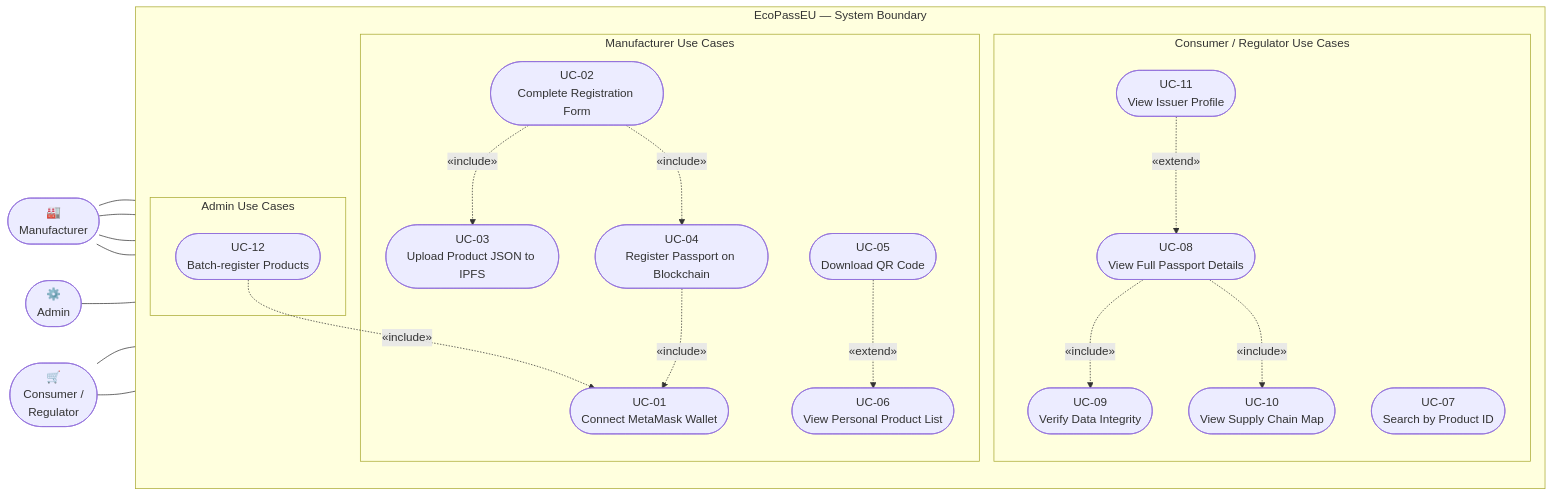
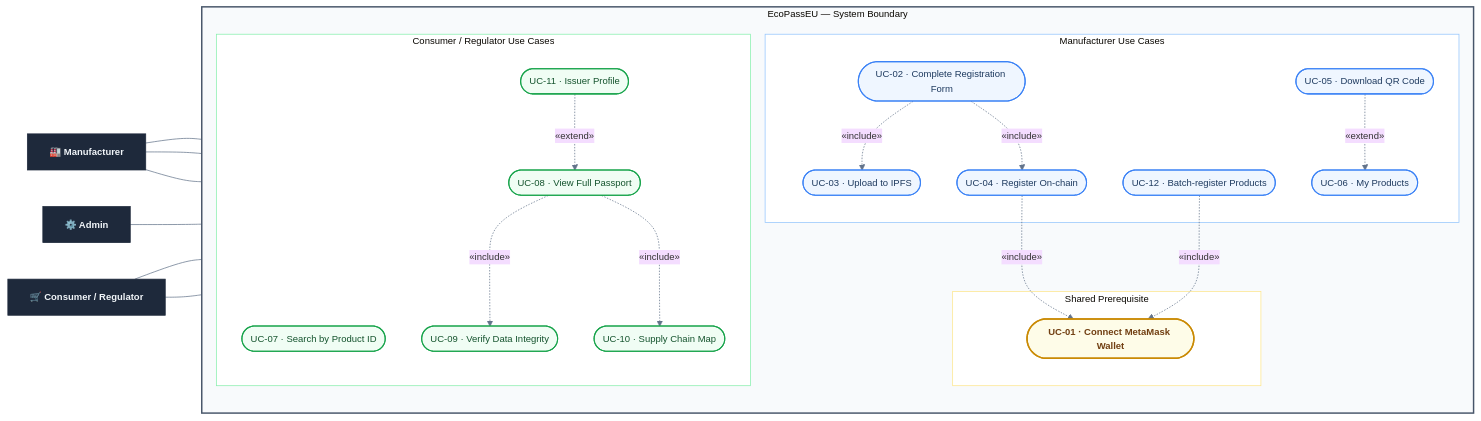
Before and after one commit to DeTaiDong/FTGP2425_Group1_11: the third of 3 diagrams in README.md, drawn with Mermaid.

Commit message:
Redesign use case diagram: fix line crossings, modern color scheme

````diff
--- a/README.md
+++ b/README.md
@@ -150,54 +150,66 @@
 ```mermaid
+%%{init: {'theme': 'base', 'themeVariables': {'background': '#ffffff', 'lineColor': '#64748b', 'fontSize': '13px'}}}%%
 graph LR
-    %% ── Actors (outside system boundary) ──
-    MFR(["🏭\nManufacturer"])
-    ADM(["⚙️\nAdmin"])
-    CNS(["🛒\nConsumer /\nRegulator"])
+
+    classDef actor  fill:#1e293b,stroke:#1e293b,color:#f1f5f9,font-weight:bold
+    classDef ucBlue fill:#eff6ff,stroke:#3b82f6,stroke-width:1.5px,color:#1e3a5f
+    classDef ucGreen fill:#f0fdf4,stroke:#16a34a,stroke-width:1.5px,color:#14532d
+    classDef ucAmber fill:#fefce8,stroke:#ca8a04,stroke-width:2px,color:#713f12,font-weight:bold
+
+    %% ── Actors ──
+    MFR["🏭 Manufacturer"]:::actor
+    ADM["⚙️ Admin"]:::actor
+    CNS["🛒 Consumer / Regulator"]:::actor
 
     %% ── System Boundary ──
     subgraph SYS["EcoPassEU — System Boundary"]
         direction TB
 
-        subgraph MUC["Manufacturer Use Cases"]
-            UC01(["UC-01\nConnect MetaMask Wallet"])
-            UC02(["UC-02\nComplete Registration Form"])
-            UC03(["UC-03\nUpload Product JSON to IPFS"])
-            UC04(["UC-04\nRegister Passport on Blockchain"])
-            UC05(["UC-05\nDownload QR Code"])
-            UC06(["UC-06\nView Personal Product List"])
+        subgraph SHARED["Shared Prerequisite"]
+            UC01(["UC-01 · Connect MetaMask Wallet"]):::ucAmber
         end
 
-        subgraph CUC["Consumer / Regulator Use Cases"]
-            UC07(["UC-07\nSearch by Product ID"])
-            UC08(["UC-08\nView Full Passport Details"])
-            UC09(["UC-09\nVerify Data Integrity"])
-            UC10(["UC-10\nView Supply Chain Map"])
-            UC11(["UC-11\nView Issuer Profile"])
+        subgraph REG["Manufacturer Use Cases"]
+            UC02(["UC-02 · Complete Registration Form"]):::ucBlue
+            UC03(["UC-03 · Upload to IPFS"]):::ucBlue
+            UC04(["UC-04 · Register On-chain"]):::ucBlue
+            UC05(["UC-05 · Download QR Code"]):::ucBlue
+            UC06(["UC-06 · My Products"]):::ucBlue
+            UC12(["UC-12 · Batch-register Products"]):::ucBlue
         end
 
-        subgraph AUC["Admin Use Cases"]
-            UC12(["UC-12\nBatch-register Products"])
+        subgraph VER["Consumer / Regulator Use Cases"]
+            UC07(["UC-07 · Search by Product ID"]):::ucGreen
+            UC08(["UC-08 · View Full Passport"]):::ucGreen
+            UC09(["UC-09 · Verify Data Integrity"]):::ucGreen
+            UC10(["UC-10 · Supply Chain Map"]):::ucGreen
+            UC11(["UC-11 · Issuer Profile"]):::ucGreen
         end
     end
 
     %% ── Actor Associations ──
-    MFR --- UC01
+    %% MFR→UC-01 omitted: implied via UC-02→UC-04→UC-01 include chain
     MFR --- UC02
     MFR --- UC05
     MFR --- UC06
     ADM --- UC12
     CNS --- UC07
     CNS --- UC08
 
-    %% ── Include relationships (mandatory sub-flows) ──
+    %% ── Include (mandatory sub-flows) ──
     UC02 -.->|"«include»"| UC03
     UC02 -.->|"«include»"| UC04
     UC04 -.->|"«include»"| UC01
     UC12 -.->|"«include»"| UC01
     UC08 -.->|"«include»"| UC09
     UC08 -.->|"«include»"| UC10
 
-    %% ── Extend relationships (optional sub-flows) ──
+    %% ── Extend (optional sub-flows) ──
     UC11 -.->|"«extend»"| UC08
     UC05 -.->|"«extend»"| UC06
+
+    style SYS    fill:#f8fafc,stroke:#475569,stroke-width:2px
+    style SHARED fill:#ffffff,stroke:#fde68a,stroke-width:1px
+    style REG    fill:#ffffff,stroke:#93c5fd,stroke-width:1px
+    style VER    fill:#ffffff,stroke:#86efac,stroke-width:1px
 ```
````
